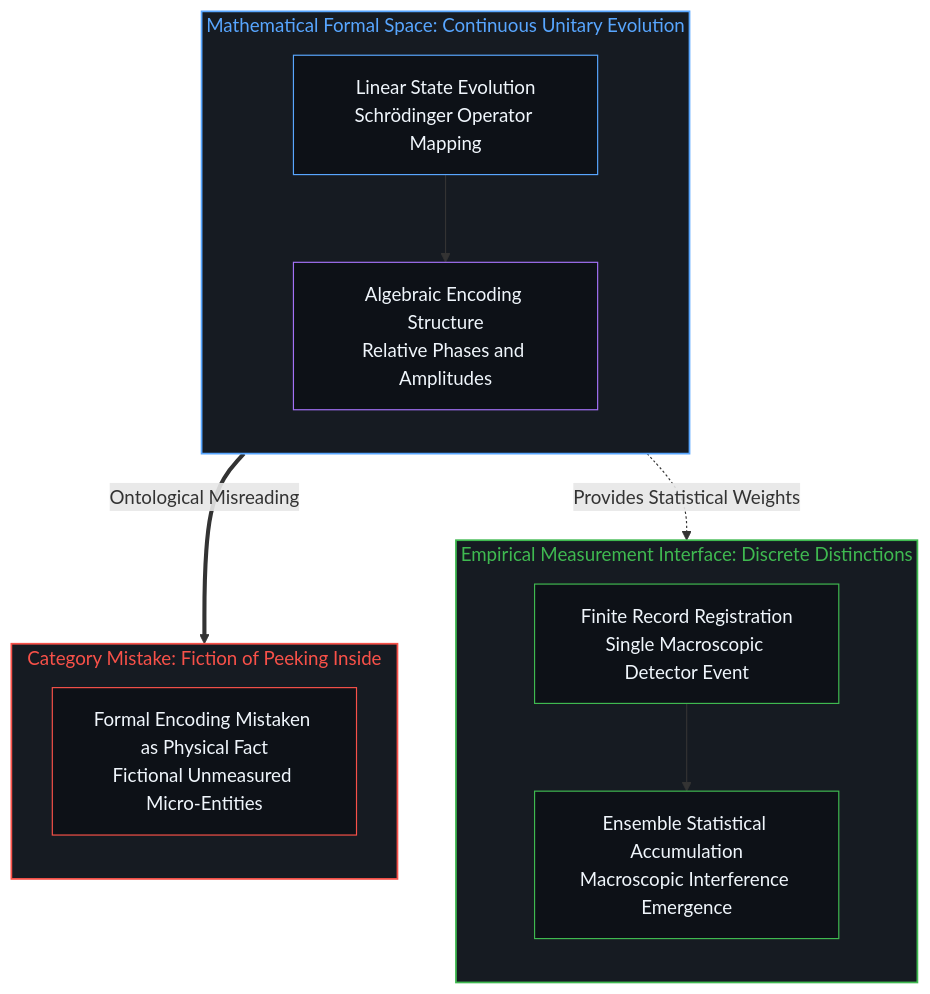
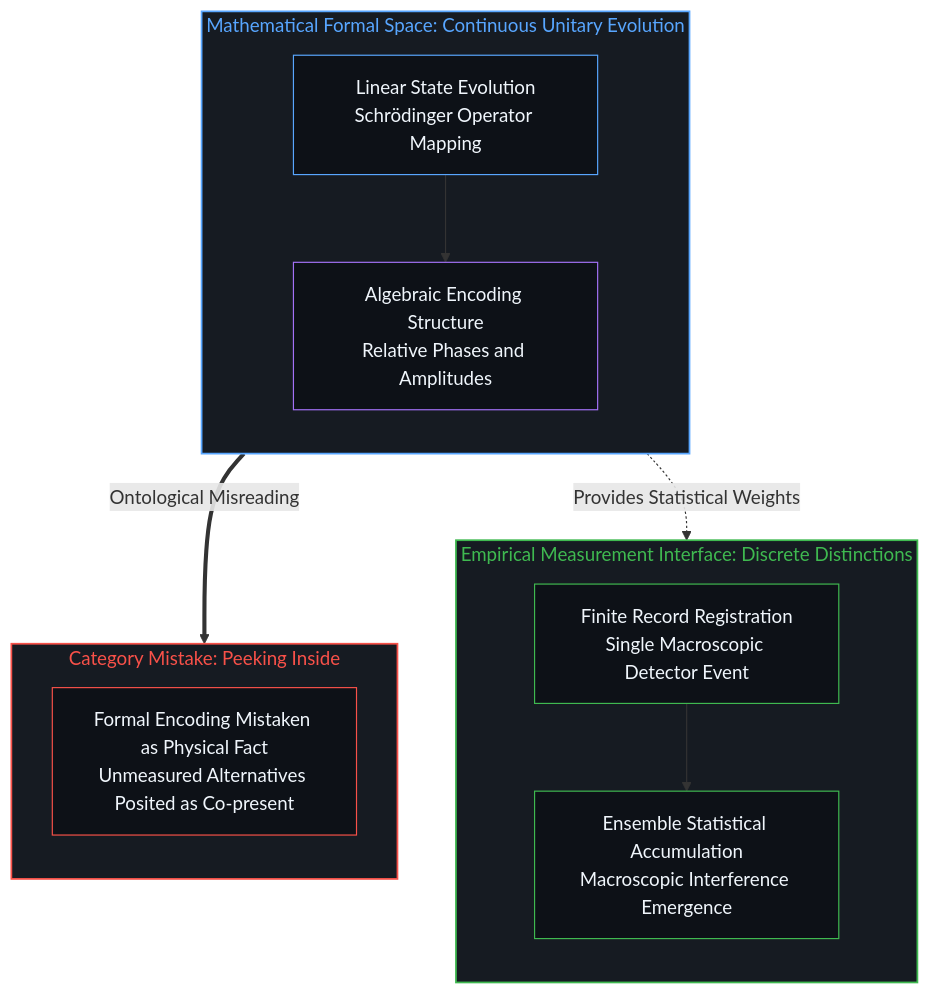
The second of 6 diagrams in content/posts/the-potential-infinity-of-operators-and-the-finite-horizon-of-records.md (powerpig99/not-a-toe), drawn with Mermaid before and after one commit. The commit also changed other lines of this file and 1 other file, not shown here.

````diff
--- a/content/posts/the-potential-infinity-of-operators-and-the-finite-horizon-of-records.md
+++ b/content/posts/the-potential-infinity-of-operators-and-the-finite-horizon-of-records.md
@@ -46,26 +46,26 @@
 ```mermaid
 flowchart TD
     subgraph S_FORM ["Mathematical Formal Space: Continuous Unitary Evolution"]
         direction TB
         A["Linear State Evolution<br/>Schrödinger Operator Mapping"] --> B["Algebraic Encoding Structure<br/>Relative Phases and Amplitudes"]
     end
     subgraph S_RECORD ["Empirical Measurement Interface: Discrete Distinctions"]
         direction TB
         C["Finite Record Registration<br/>Single Macroscopic Detector Event"] --> D["Ensemble Statistical Accumulation<br/>Macroscopic Interference Emergence"]
     end
-    subgraph S_ILLUSION ["Category Mistake: Fiction of Peeking Inside"]
+    subgraph S_ILLUSION ["Category Mistake: Peeking Inside"]
         direction TB
-        E["Formal Encoding Mistaken as Physical Fact<br/>Fictional Unmeasured Micro-Entities"]
+        E["Formal Encoding Mistaken as Physical Fact<br/>Unmeasured Alternatives Posited as Co-present"]
     end
     B -.->|Provides Statistical Weights| C
     B ==>|Ontological Misreading| E
 
     style S_FORM fill:#161b22,stroke:#58a6ff,stroke-width:1.5px,color:#58a6ff
     style S_RECORD fill:#161b22,stroke:#3fb950,stroke-width:1.5px,color:#3fb950
     style S_ILLUSION fill:#161b22,stroke:#f85149,stroke-width:1.5px,color:#f85149
     style A fill:#0d1117,stroke:#58a6ff,stroke-width:1px,color:#f0f6fc
     style B fill:#0d1117,stroke:#a371f7,stroke-width:1px,color:#f0f6fc
     style C fill:#0d1117,stroke:#3fb950,stroke-width:1px,color:#f0f6fc
     style D fill:#0d1117,stroke:#3fb950,stroke-width:1px,color:#f0f6fc
     style E fill:#0d1117,stroke:#f85149,stroke-width:1px,color:#f0f6fc
 ```
````
